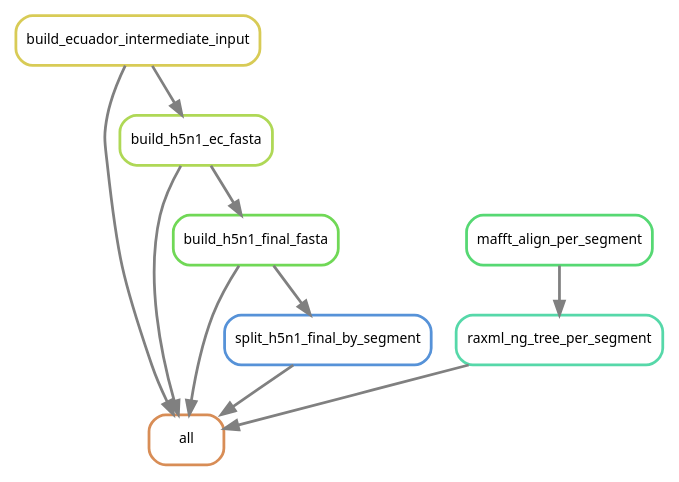
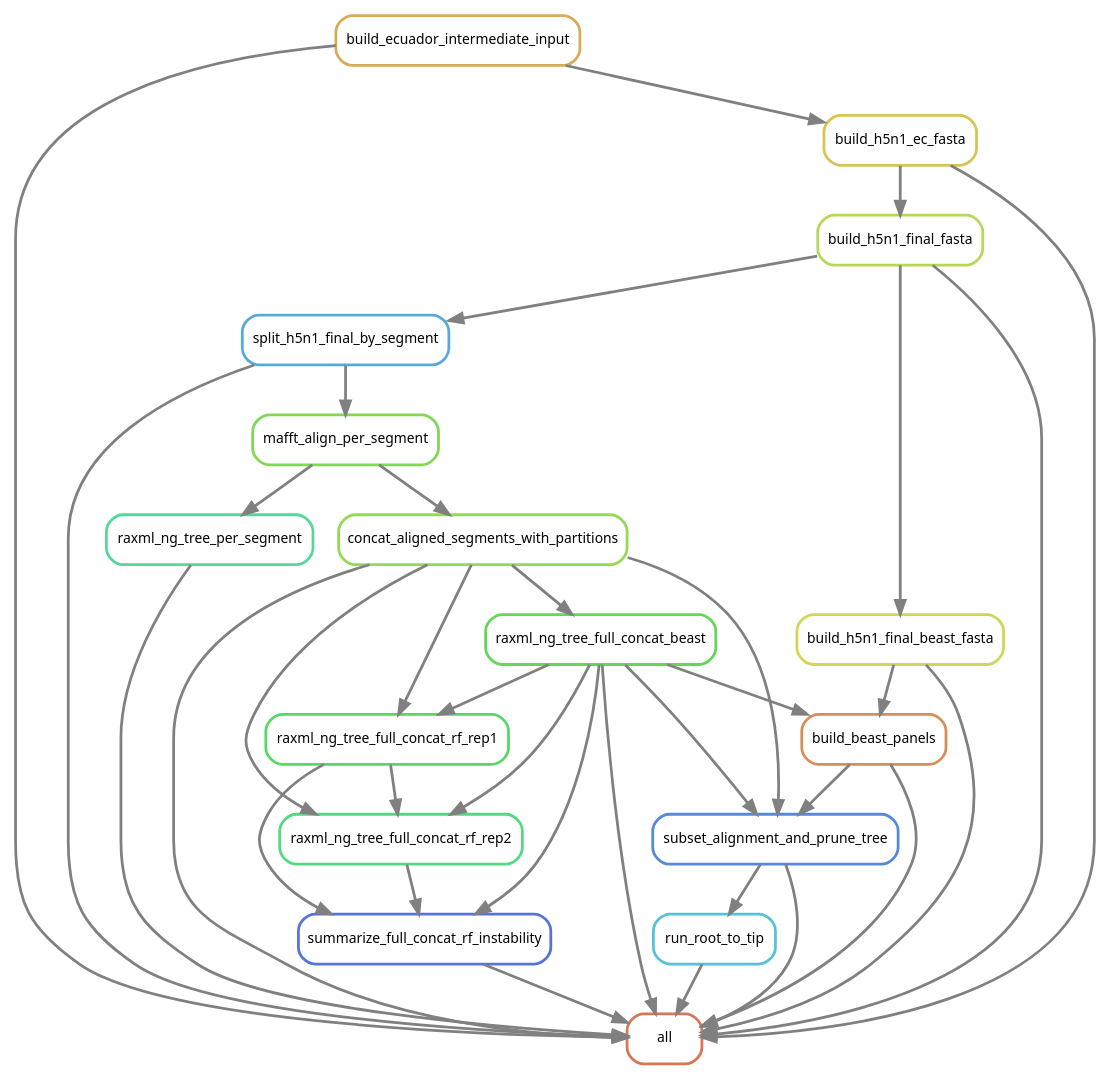
The diagram in analysis/pipeline_rulegraph.dot (Sebysemily/Flu), drawn with Graphviz before and after one commit. The commit also changed 10 other files, not shown here.

```diff
--- a/analysis/pipeline_rulegraph.dot
+++ b/analysis/pipeline_rulegraph.dot
@@ -1,21 +1,55 @@
 digraph snakemake_dag {
     graph[bgcolor=white, margin=0];
     node[shape=box, style=rounded, fontname=sans,                 fontsize=10, penwidth=2];
     edge[penwidth=2, color=grey];
-	0[label = "all", color = "0.07 0.6 0.85", style="rounded"];
-	1[label = "build_ecuador_intermediate_input", color = "0.15 0.6 0.85", style="rounded"];
-	2[label = "build_h5n1_ec_fasta", color = "0.22 0.6 0.85", style="rounded"];
-	3[label = "build_h5n1_final_fasta", color = "0.30 0.6 0.85", style="rounded"];
-	4[label = "split_h5n1_final_by_segment", color = "0.59 0.6 0.85", style="rounded"];
-	5[label = "raxml_ng_tree_per_segment", color = "0.44 0.6 0.85", style="rounded"];
-	6[label = "mafft_align_per_segment", color = "0.37 0.6 0.85", style="rounded"];
+	0[label = "all", color = "0.04 0.6 0.85", style="rounded"];
+	1[label = "build_ecuador_intermediate_input", color = "0.11 0.6 0.85", style="rounded"];
+	2[label = "build_h5n1_ec_fasta", color = "0.14 0.6 0.85", style="rounded"];
+	3[label = "build_h5n1_final_fasta", color = "0.21 0.6 0.85", style="rounded"];
+	4[label = "build_h5n1_final_beast_fasta", color = "0.18 0.6 0.85", style="rounded"];
+	5[label = "concat_aligned_segments_with_partitions", color = "0.25 0.6 0.85", style="rounded"];
+	6[label = "mafft_align_per_segment", color = "0.28 0.6 0.85", style="rounded"];
+	7[label = "split_h5n1_final_by_segment", color = "0.56 0.6 0.85", style="rounded"];
+	8[label = "raxml_ng_tree_full_concat_beast", color = "0.32 0.6 0.85", style="rounded"];
+	9[label = "summarize_full_concat_rf_instability", color = "0.63 0.6 0.85", style="rounded"];
+	10[label = "raxml_ng_tree_full_concat_rf_rep1", color = "0.35 0.6 0.85", style="rounded"];
+	11[label = "raxml_ng_tree_full_concat_rf_rep2", color = "0.39 0.6 0.85", style="rounded"];
+	12[label = "build_beast_panels", color = "0.07 0.6 0.85", style="rounded"];
+	13[label = "subset_alignment_and_prune_tree", color = "0.60 0.6 0.85", style="rounded"];
+	14[label = "run_root_to_tip", color = "0.53 0.6 0.85", style="rounded"];
+	15[label = "raxml_ng_tree_per_segment", color = "0.42 0.6 0.85", style="rounded"];
+	7 -> 0
+	9 -> 0
 	3 -> 0
 	5 -> 0
 	1 -> 0
+	15 -> 0
+	12 -> 0
+	14 -> 0
+	2 -> 0
 	4 -> 0
-	2 -> 0
+	13 -> 0
+	8 -> 0
 	1 -> 2
 	2 -> 3
 	3 -> 4
 	6 -> 5
+	7 -> 6
+	3 -> 7
+	5 -> 8
+	11 -> 9
+	10 -> 9
+	8 -> 9
+	5 -> 10
+	8 -> 10
+	5 -> 11
+	10 -> 11
+	8 -> 11
+	4 -> 12
+	8 -> 12
+	5 -> 13
+	12 -> 13
+	8 -> 13
+	13 -> 14
+	6 -> 15
 }            
```
